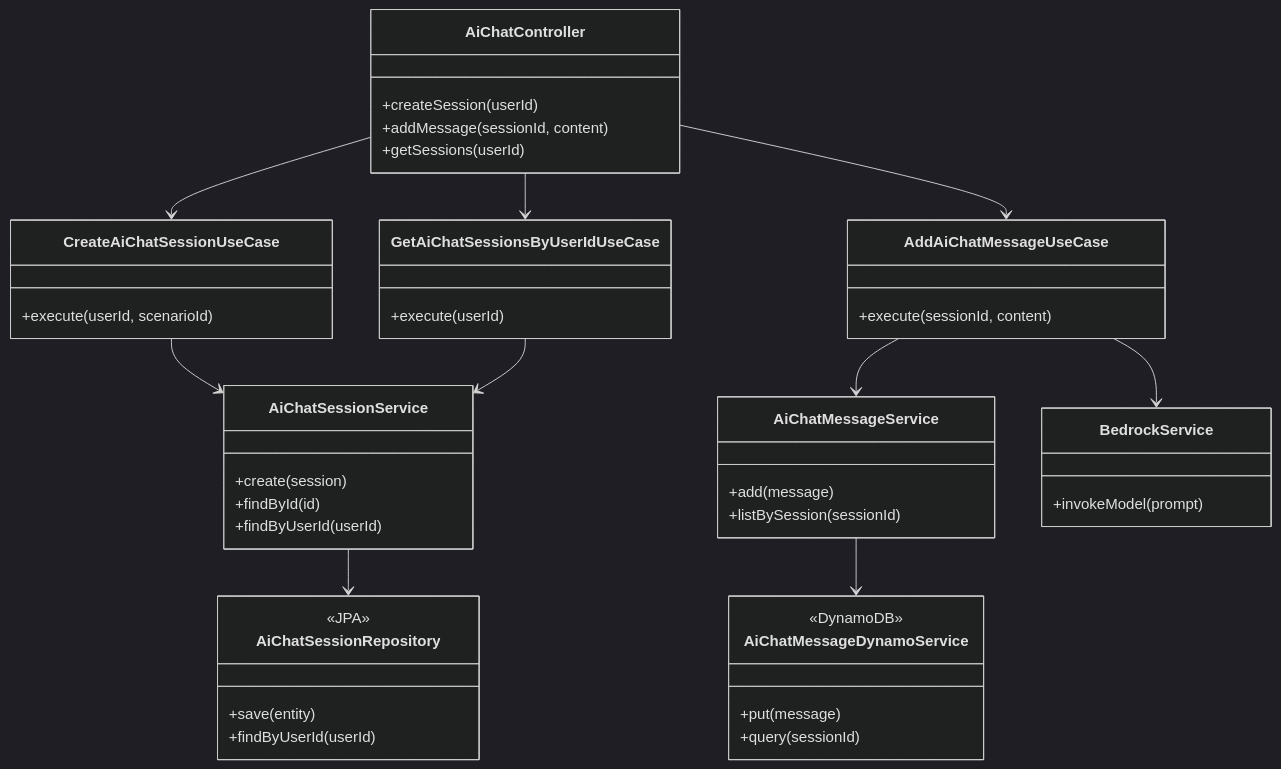
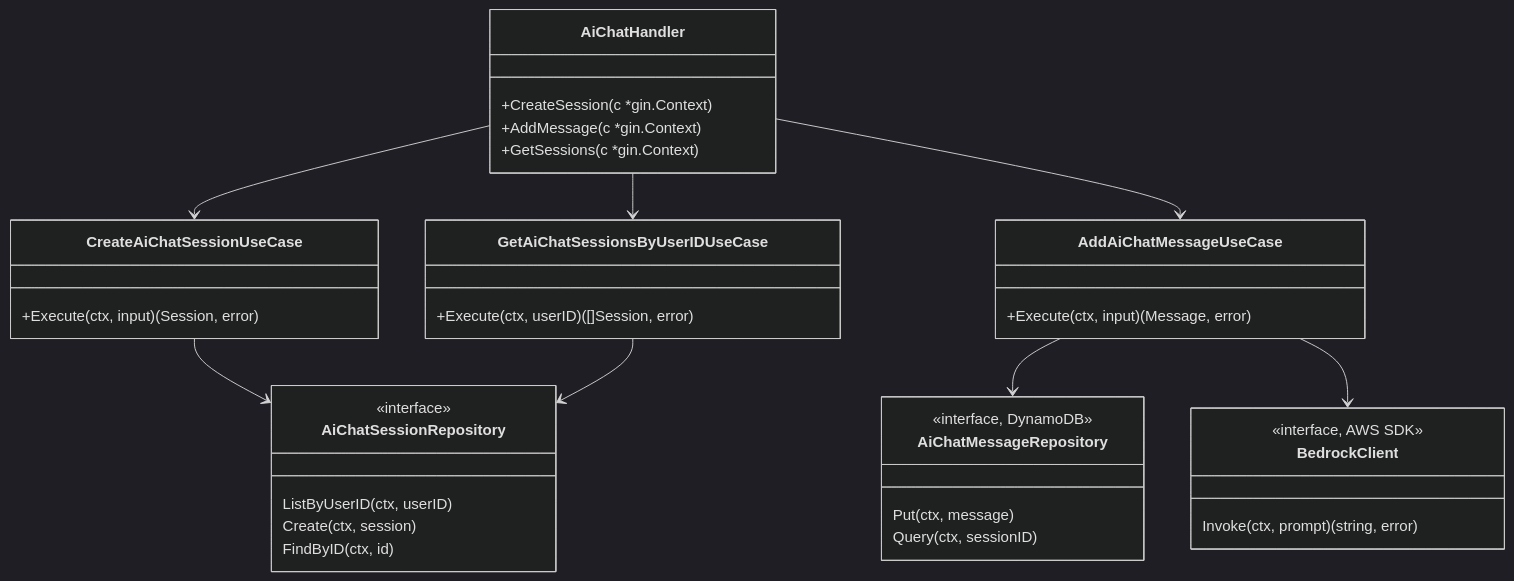
Before and after one commit to norman6464/FreStyle: the first of 5 diagrams in docs/ARCHITECTURE.md, drawn with Mermaid (dark theme). The commit also changed other lines of this file, not shown here.

First line of the commit message:
docs: ARCHITECTURE.md を Go (Gin + GORM) ターゲット中心に書き換え (#1524)

````diff
--- a/docs/ARCHITECTURE.md
+++ b/docs/ARCHITECTURE.md
@@ -201,51 +141,41 @@
 ```mermaid
 classDiagram
-    class AiChatController {
-      +createSession(userId)
-      +addMessage(sessionId, content)
-      +getSessions(userId)
+    class AiChatHandler {
+      +CreateSession(c *gin.Context)
+      +AddMessage(c *gin.Context)
+      +GetSessions(c *gin.Context)
     }
     class CreateAiChatSessionUseCase {
-      +execute(userId, scenarioId)
+      +Execute(ctx, input) (Session, error)
     }
     class AddAiChatMessageUseCase {
-      +execute(sessionId, content)
+      +Execute(ctx, input) (Message, error)
     }
-    class GetAiChatSessionsByUserIdUseCase {
-      +execute(userId)
-    }
-    class AiChatSessionService {
-      +create(session)
-      +findById(id)
-      +findByUserId(userId)
-    }
-    class AiChatMessageService {
-      +add(message)
-      +listBySession(sessionId)
-    }
-    class BedrockService {
-      +invokeModel(prompt)
+    class GetAiChatSessionsByUserIDUseCase {
+      +Execute(ctx, userID) ([]Session, error)
     }
     class AiChatSessionRepository {
-      <<JPA>>
-      +save(entity)
-      +findByUserId(userId)
+      <<interface>>
+      ListByUserID(ctx, userID)
+      Create(ctx, session)
+      FindByID(ctx, id)
     }
-    class AiChatMessageDynamoService {
-      <<DynamoDB>>
-      +put(message)
-      +query(sessionId)
+    class AiChatMessageRepository {
+      <<interface, DynamoDB>>
+      Put(ctx, message)
+      Query(ctx, sessionID)
+    }
+    class BedrockClient {
+      <<interface, AWS SDK>>
+      Invoke(ctx, prompt) (string, error)
     }
 
-    AiChatController --> CreateAiChatSessionUseCase
-    AiChatController --> AddAiChatMessageUseCase
-    AiChatController --> GetAiChatSessionsByUserIdUseCase
+    AiChatHandler --> CreateAiChatSessionUseCase
+    AiChatHandler --> AddAiChatMessageUseCase
+    AiChatHandler --> GetAiChatSessionsByUserIDUseCase
 
-    CreateAiChatSessionUseCase --> AiChatSessionService
-    AddAiChatMessageUseCase --> AiChatMessageService
-    AddAiChatMessageUseCase --> BedrockService
-    GetAiChatSessionsByUserIdUseCase --> AiChatSessionService
-
-    AiChatSessionService --> AiChatSessionRepository
-    AiChatMessageService --> AiChatMessageDynamoService
+    CreateAiChatSessionUseCase --> AiChatSessionRepository
+    AddAiChatMessageUseCase --> AiChatMessageRepository
+    AddAiChatMessageUseCase --> BedrockClient
+    GetAiChatSessionsByUserIDUseCase --> AiChatSessionRepository
 ```
````
